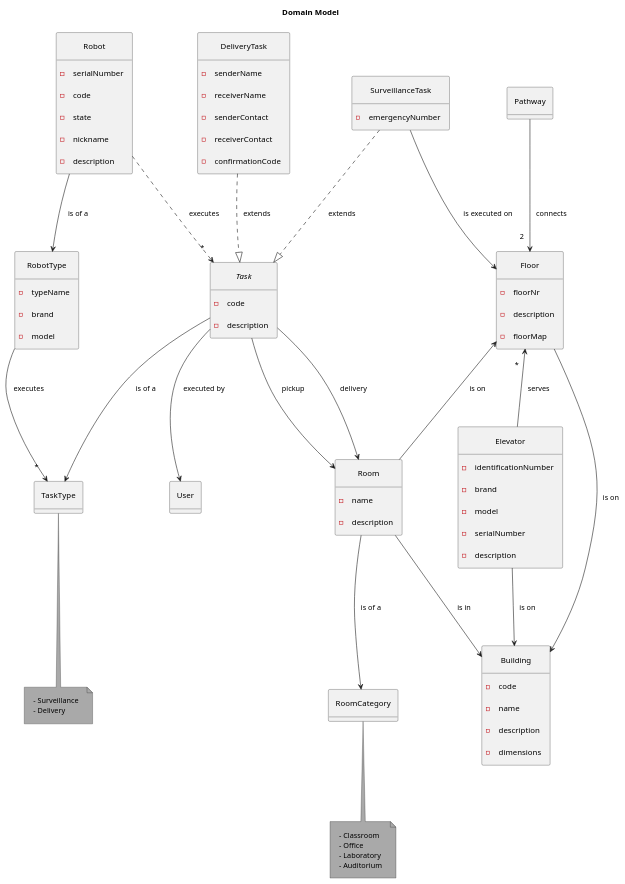
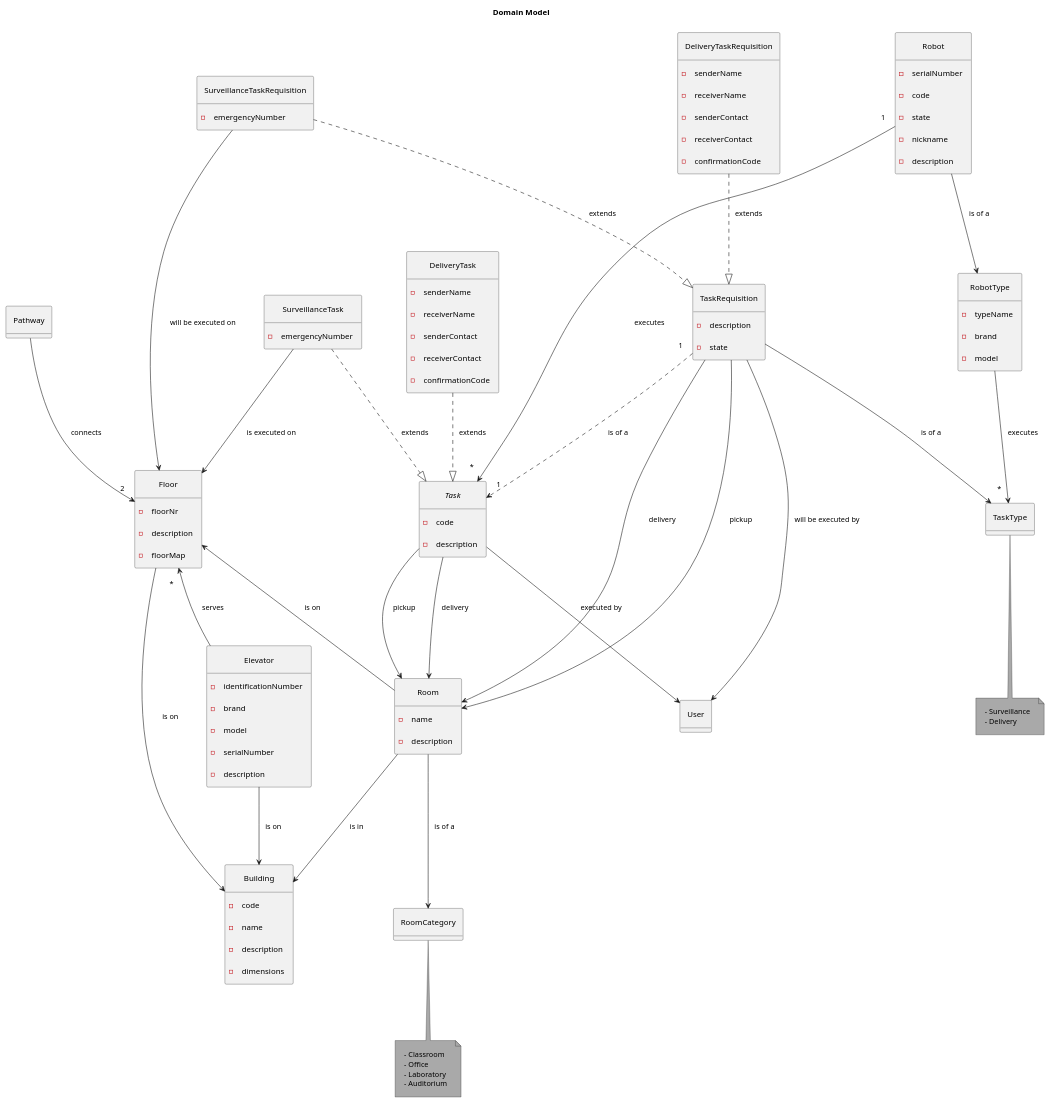
The diagram in wiki/diagramas/domainModel/domainModel.puml (rpeir/LAPR5), drawn with PlantUML before and after one commit. The commit also changed 1 other file, not shown here.

Commit message:
FRG-139 Added TaskRequisition and removed state from Task

```diff
--- a/wiki/diagramas/domainModel/domainModel.puml
+++ b/wiki/diagramas/domainModel/domainModel.puml
@@ -1,126 +1,156 @@
 @startuml Domain Model
 
 title "Domain Model"
 ' left to right direction
 ' top to bottom direction
 skinparam Padding 10
 skinparam Nodesep 80
 skinparam ranksep 100
 skinparam groupInheritance 1
 ' skinparam linetype ortho
 skinparam separation 1000
 skinparam NoteBackgroundColor #A9A9A9
 skinparam PackageStyle rectangle
 skinparam package {
     BackgroundColor #D3D3D3
     FontStyle bold
 }
 
 hide circle
 hide methods
 
     entity Robot {
         -serialNumber
         -code
         -state
         -nickname
         -description
     }
 
     entity RobotType {
         - typeName
         - brand
         - model
     }
 
     enum TaskType {}
     note bottom of TaskType {
             - Surveillance
             - Delivery
     }
 
     interface Task {
         - code
         - description
 
     }
 
     entity SurveillanceTask {
         - emergencyNumber
     }
 
     entity DeliveryTask {
         - senderName
         - receiverName
         - senderContact
         - receiverContact
         - confirmationCode
     }
 
     entity Building {
         - code
         - name
         - description
         - dimensions
     }
 
     entity Floor {
         - floorNr
         - description
         - floorMap
     }
 
     entity Elevator {
         - identificationNumber
         - brand
         - model
         - serialNumber
         - description
     }
 
     entity Room {
         - name
         - description
     }
 
     enum RoomCategory {}
 
     note bottom of RoomCategory {
             - Classroom
             - Office
             - Laboratory
             - Auditorium
     }
 
     entity Pathway {
     }
 
+        entity TaskRequisition {
+            - description
+            - state
+        }
+
+        entity SurveillanceTaskRequisition {
+            - emergencyNumber
+        }
+
+        entity DeliveryTaskRequisition {
+            - senderName
+            - receiverName
+            - senderContact
+            - receiverContact
+            - confirmationCode
+        }
+
+
+
 SurveillanceTask ..|> Task: extends
 DeliveryTask ..|> Task: extends
+
+SurveillanceTaskRequisition ..|> TaskRequisition : extends
+DeliveryTaskRequisition ..|> TaskRequisition : extends
 
 Room --> RoomCategory: is of a
 Room --> Building : is in
 
 RobotType --> "*" TaskType: executes
 
 Floor --> Building: is on
 Floor "*" <-- Elevator : serves
 Floor <-- Room: is on
 
 Elevator --> Building: is on
 
+TaskRequisition --> Room: delivery
+TaskRequisition --> Room: pickup
+
 Task --> Room: delivery
 Task --> Room: pickup
+
+SurveillanceTask -> Floor: is executed on
+SurveillanceTaskRequisition -> Floor: will be executed on
+
 Task --> User : executed by
-
-SurveillanceTask --> Floor: is executed on
 
 Pathway --> "2" Floor: connects
 
 Robot --> RobotType : is of a
 
-Task --> TaskType : is of a
+TaskRequisition --> TaskType : is of a
+TaskRequisition --> User : will be executed by
 
-Robot ..> "*" Task : executes
+Robot "1" --> "*" Task : executes
+
+TaskRequisition "1" ..> "1" Task : is of a
 
 @enduml
```
